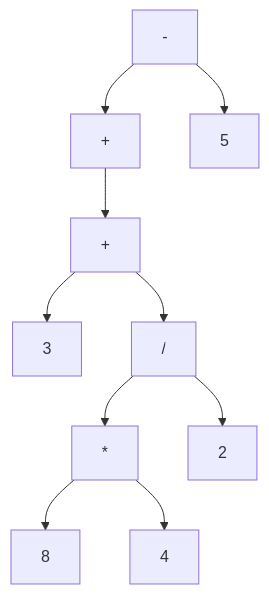
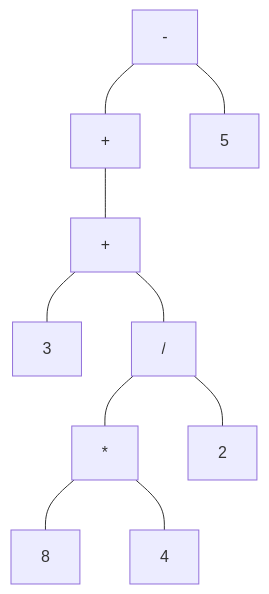
The diagram in 02-Automatas/README.md (haytham2597/SSL), drawn with Mermaid before and after one commit.

````diff
--- a/02-Automatas/README.md
+++ b/02-Automatas/README.md
@@ -170,12 +170,12 @@
 ```mermaid
 flowchart TD
-    	A[-] --> B[+];
-	A --> C[5];
-	B --> D[+];
-	D --> E[3];
-	D --> F["/"];
-	F --> G[*];
-	F --> H[2];
-    	G --> I[8];
-    	G --> J[4];
+    	A[-] --- B[+];
+	A --- C[5];
+	B --- D[+];
+	D --- E[3];
+	D --- F["/"];
+	F --- G[*];
+	F --- H[2];
+    	G --- I[8];
+    	G --- J[4];
 ```
````
